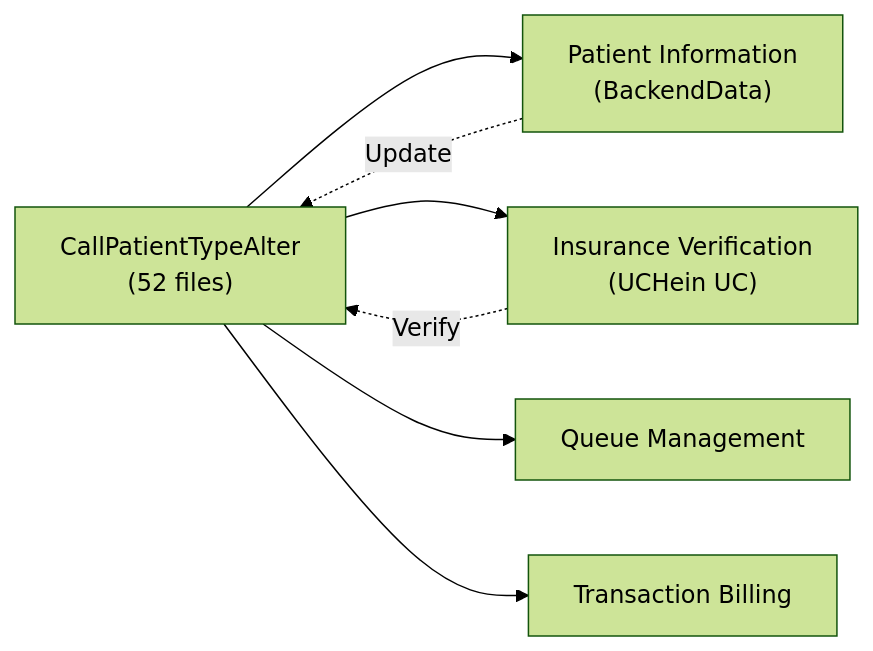
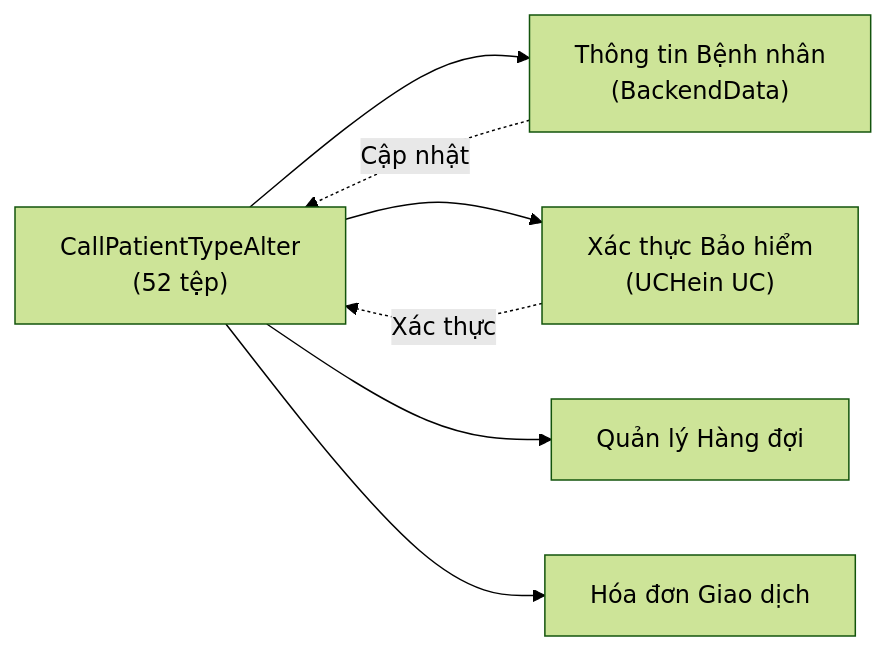
One commit to thangpnb/HIS changed the fourth of 8 diagrams in docs/his-ba-documentation/03-business-domains/patient-management/patient-call-display.md. Above: the diagram before and after it, drawn with Mermaid (forest theme). The commit also changed other lines of this file and 30 other files, not shown here.

Commit message:
Refactor architecture docs and update translations

````diff
--- a/docs/his-ba-documentation/03-business-domains/patient-management/patient-call-display.md
+++ b/docs/his-ba-documentation/03-business-domains/patient-management/patient-call-display.md
@@ -194,16 +194,16 @@
 ```mermaid
 graph LR
-    TypeAlter["CallPatientTypeAlter<br/>(52 files)"]
-    PatientInfo["Patient Information<br/>(BackendData)"]
-    Insurance["Insurance Verification<br/>(UCHein UC)"]
-    QueueMgmt["Queue Management"]
-    Billing["Transaction Billing"]
+    TypeAlter["CallPatientTypeAlter<br/>(52 tệp)"]
+    PatientInfo["Thông tin Bệnh nhân<br/>(BackendData)"]
+    Insurance["Xác thực Bảo hiểm<br/>(UCHein UC)"]
+    QueueMgmt["Quản lý Hàng đợi"]
+    Billing["Hóa đơn Giao dịch"]
     
     TypeAlter --> PatientInfo
     TypeAlter --> Insurance
     TypeAlter --> QueueMgmt
     TypeAlter --> Billing
     
-    PatientInfo -.->|Update| TypeAlter
-    Insurance -.->|Verify| TypeAlter
+    PatientInfo -.->|Cập nhật| TypeAlter
+    Insurance -.->|Xác thực| TypeAlter
 ```
````
